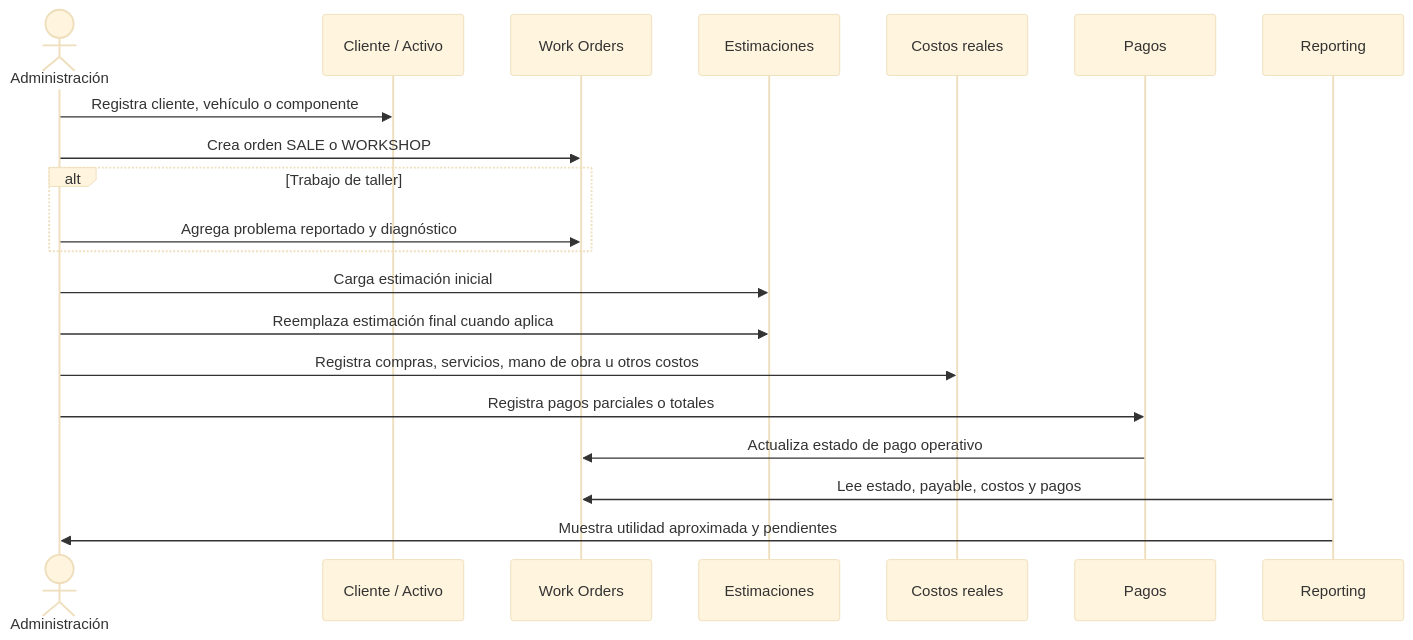
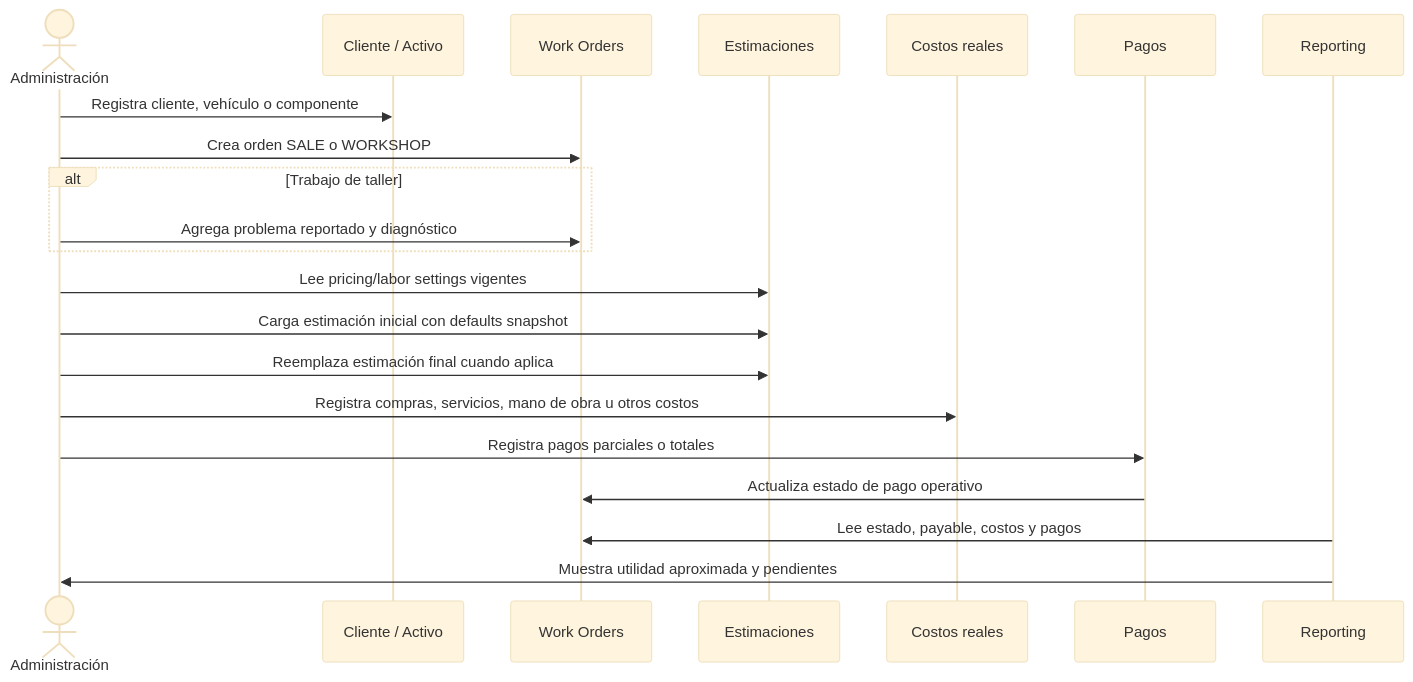
The third of 6 diagrams in docs/app-flows.md (DukkeA/mecanismos-dashboard-backend), drawn with Mermaid (base theme) before and after one commit. The commit also changed other lines of this file and 6 other files, not shown here.

Commit message:
docs(app-settings): add reviewer artifacts for pricing settings

````diff
--- a/docs/app-flows.md
+++ b/docs/app-flows.md
@@ -84,23 +85,24 @@
 ```mermaid
 sequenceDiagram
   actor Admin as Administración
   participant Customer as Cliente / Activo
   participant WO as Work Orders
   participant Estimate as Estimaciones
   participant Cost as Costos reales
   participant Payment as Pagos
   participant Report as Reporting
 
   Admin->>Customer: Registra cliente, vehículo o componente
   Admin->>WO: Crea orden SALE o WORKSHOP
   alt Trabajo de taller
     Admin->>WO: Agrega problema reportado y diagnóstico
   end
-  Admin->>Estimate: Carga estimación inicial
+  Admin->>Estimate: Lee pricing/labor settings vigentes
+  Admin->>Estimate: Carga estimación inicial con defaults snapshot
   Admin->>Estimate: Reemplaza estimación final cuando aplica
   Admin->>Cost: Registra compras, servicios, mano de obra u otros costos
   Admin->>Payment: Registra pagos parciales o totales
   Payment->>WO: Actualiza estado de pago operativo
   Report->>WO: Lee estado, payable, costos y pagos
   Report->>Admin: Muestra utilidad aproximada y pendientes
 ```
````
